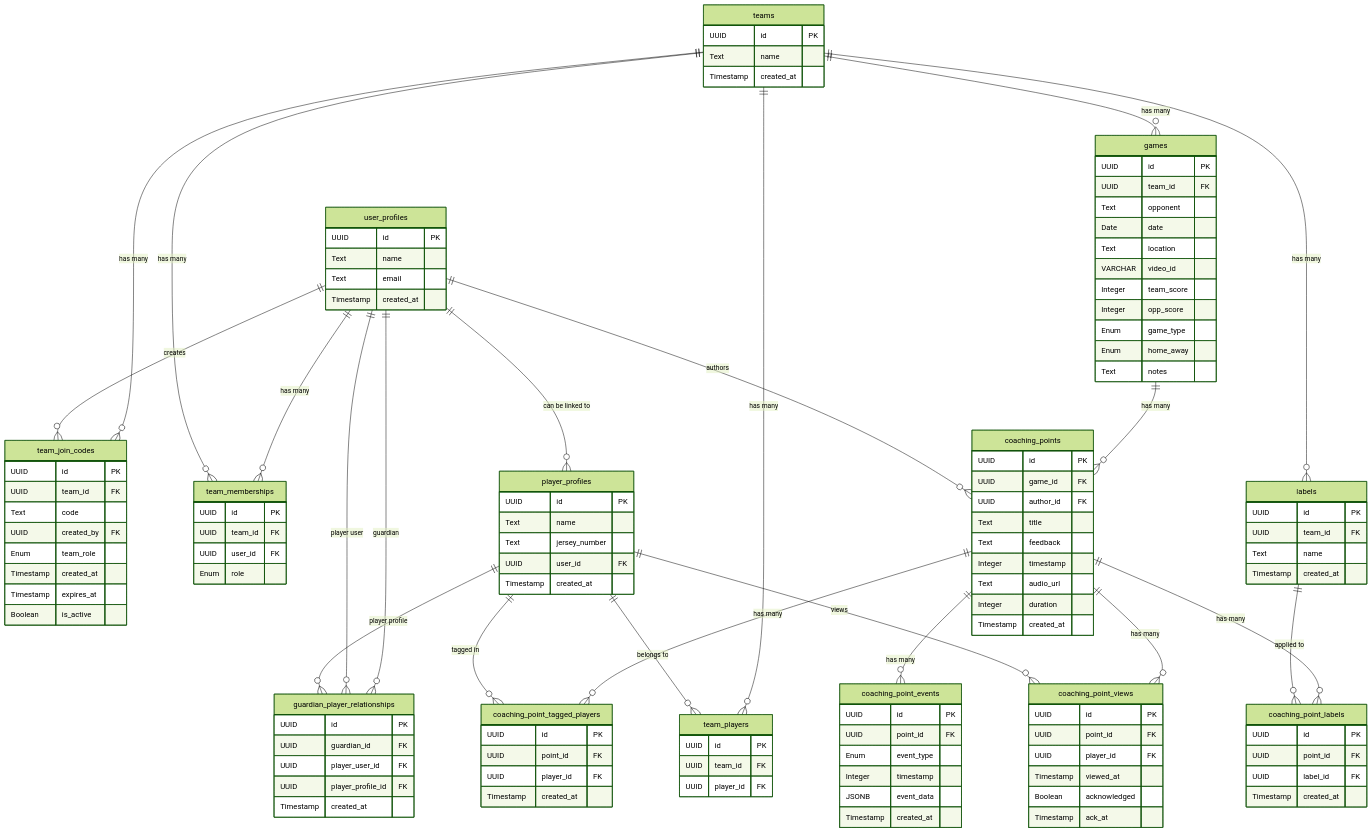
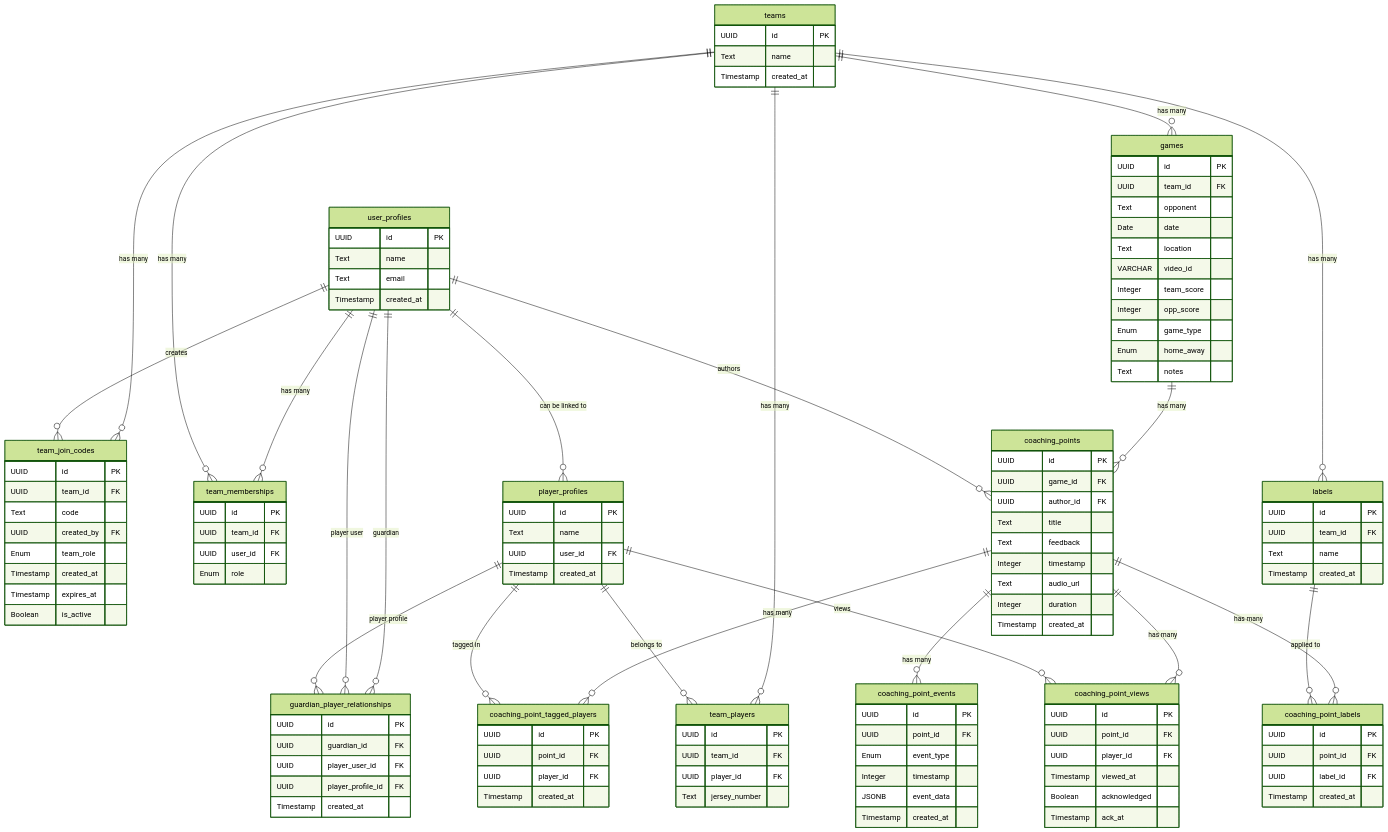
Before and after one commit to tynidev/tactix: the diagram in docs/schema.md, drawn with Mermaid (forest theme). The commit also changed other lines of this file and 9 other files, not shown here.

Commit message:
refactor: move jersey_number from player_profiles to team_players and update related code

```diff
--- a/docs/schema.md
+++ b/docs/schema.md
@@ -177,6 +177,7 @@
         UUID id PK
         UUID team_id FK
         UUID player_id FK
+        Text jersey_number
     }
     
     team_memberships {
@@ -189,7 +190,6 @@
     player_profiles {
         UUID id PK
         Text name
-        Text jersey_number
         UUID user_id FK
         Timestamp created_at
     }
```
